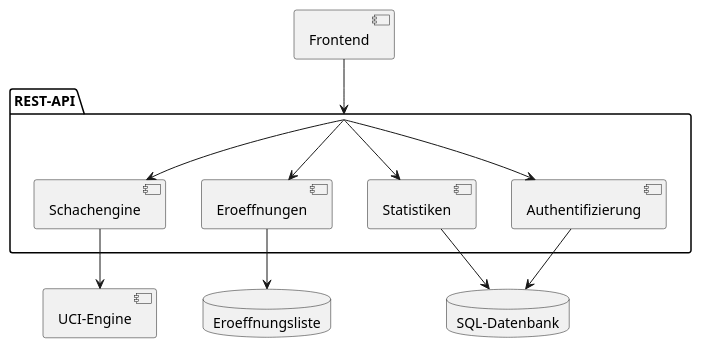
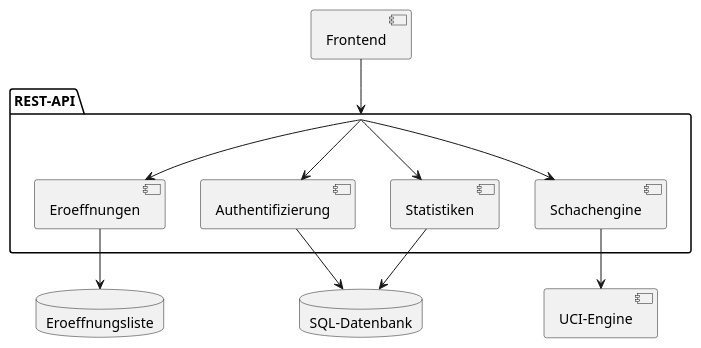
One commit to MaarxS/chess-opening-training-paper changed the diagram in images/diagrams/components.puml. Above: the diagram before and after it, drawn with PlantUML. The commit also changed other lines of this file and 5 other files, not shown here.

```diff
--- a/images/diagrams/components.puml
+++ b/images/diagrams/components.puml
@@ -1,24 +1,24 @@
 @startuml
 [Frontend]
 package "REST-API" as API {
-  [Schachengine]
   [Eroeffnungen]
   [Authentifizierung]
   [Statistiken]
+  [Schachengine]
 }
 [UCI-Engine] as uci
 database Eroeffnungsliste as liste
 database "SQL-Datenbank" as sql
 
 Frontend --> API
 API --> Schachengine
 API --> Eroeffnungen
 API --> Authentifizierung
 API --> Statistiken
 
 Schachengine --> uci
 Eroeffnungen --> liste
 Authentifizierung --> sql
 Statistiken --> sql
 
 @enduml
```
